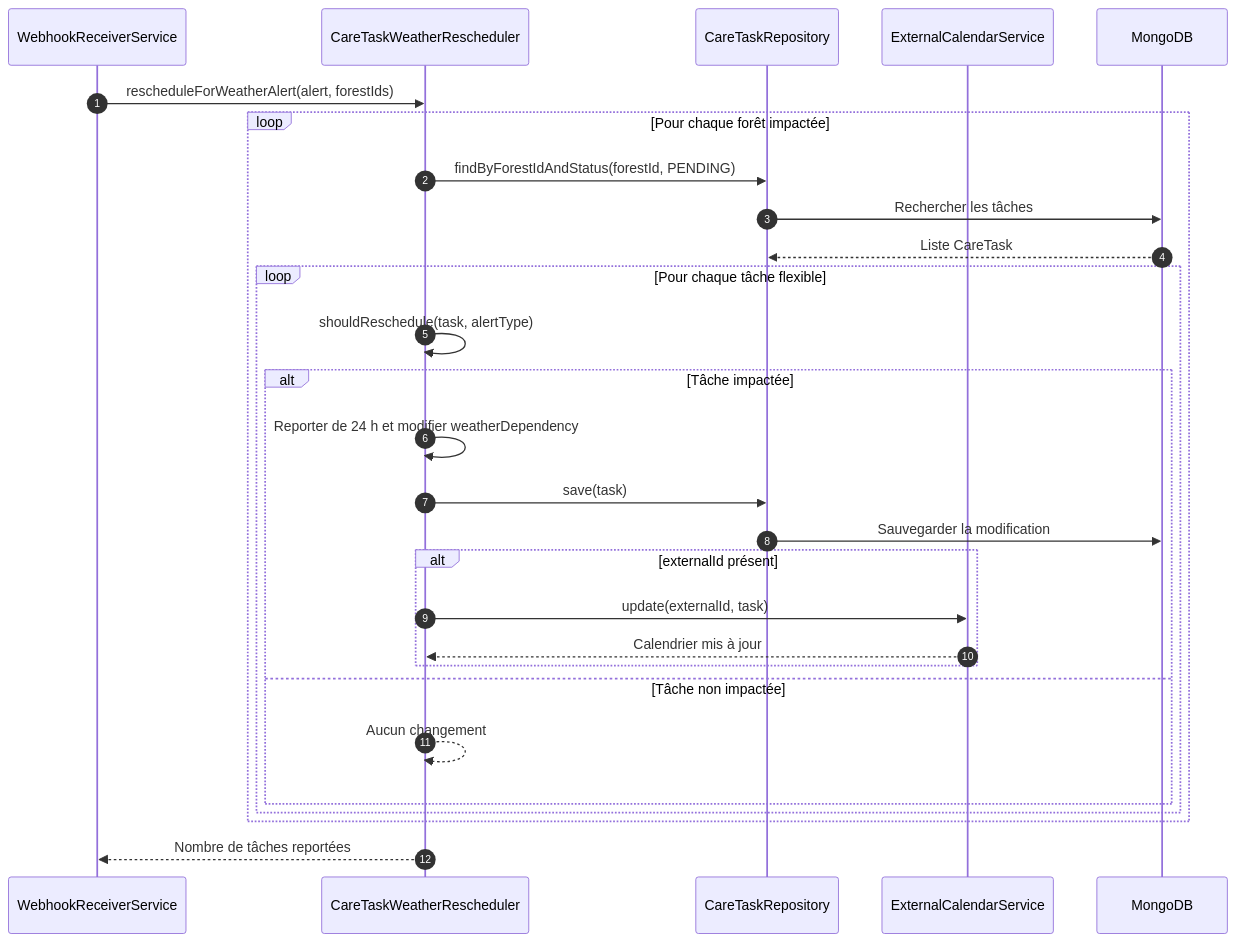
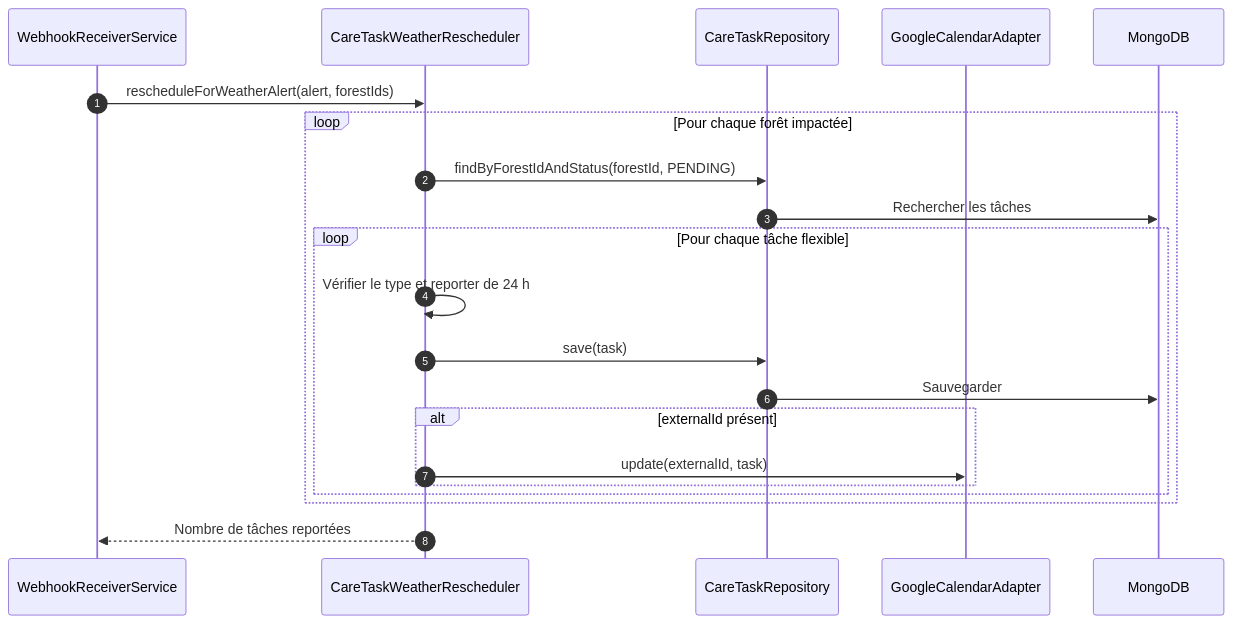
Before and after one commit to fasai444/GreenDesk: the seventh of 8 diagrams in docs/reports/devops-2-github-actions-report.md, drawn with Mermaid. The commit also changed other lines of this file, not shown here.

````diff
--- a/docs/reports/devops-2-github-actions-report.md
+++ b/docs/reports/devops-2-github-actions-report.md
@@ -525,31 +552,24 @@
 ```mermaid
 sequenceDiagram
     autonumber
     participant WRS as WebhookReceiverService
     participant CTRS as CareTaskWeatherRescheduler
     participant CTR as CareTaskRepository
-    participant CAL as ExternalCalendarService
+    participant GCA as GoogleCalendarAdapter
     participant DB as MongoDB
 
     WRS->>CTRS: rescheduleForWeatherAlert(alert, forestIds)
     loop Pour chaque forêt impactée
         CTRS->>CTR: findByForestIdAndStatus(forestId, PENDING)
         CTR->>DB: Rechercher les tâches
-        DB-->>CTR: Liste CareTask
         loop Pour chaque tâche flexible
-            CTRS->>CTRS: shouldReschedule(task, alertType)
-            alt Tâche impactée
-                CTRS->>CTRS: Reporter de 24 h et modifier weatherDependency
-                CTRS->>CTR: save(task)
-                CTR->>DB: Sauvegarder la modification
-                alt externalId présent
-                    CTRS->>CAL: update(externalId, task)
-                    CAL-->>CTRS: Calendrier mis à jour
-                end
-            else Tâche non impactée
-                CTRS-->>CTRS: Aucun changement
+            CTRS->>CTRS: Vérifier le type et reporter de 24 h
+            CTRS->>CTR: save(task)
+            CTR->>DB: Sauvegarder
+            alt externalId présent
+                CTRS->>GCA: update(externalId, task)
             end
         end
     end
     CTRS-->>WRS: Nombre de tâches reportées
 ```
````
